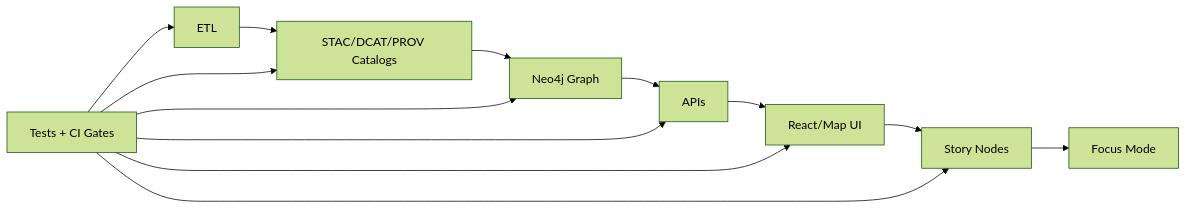
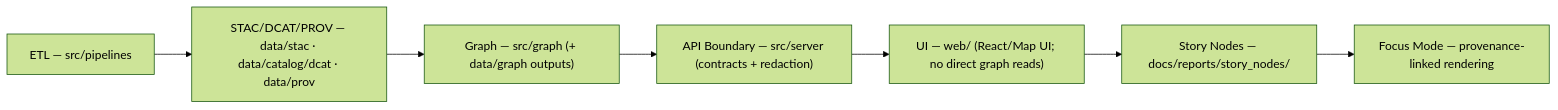
Before and after one commit to bartytime4life/Kansas-Frontier-Matrix: the diagram in tests/README.md, drawn with Mermaid (forest theme). The commit also changed other lines of this file, not shown here.

```diff
--- a/tests/README.md
+++ b/tests/README.md
@@ -157,16 +184,9 @@
 ~~~mermaid
 flowchart LR
-  A[ETL] --> B[STAC/DCAT/PROV Catalogs]
-  B --> C[Neo4j Graph]
-  C --> D[APIs]
-  D --> E[React/Map UI]
-  E --> F[Story Nodes]
-  F --> G[Focus Mode]
-
-  T[Tests + CI Gates] --> A
-  T --> B
-  T --> C
-  T --> D
-  T --> E
-  T --> F
+  A["ETL — src/pipelines"] --> B["STAC/DCAT/PROV — data/stac · data/catalog/dcat · data/prov"]
+  B --> C["Graph — src/graph (+ data/graph outputs)"]
+  C --> D["API Boundary — src/server (contracts + redaction)"]
+  D --> E["UI — web/ (React/Map UI; no direct graph reads)"]
+  E --> F["Story Nodes — docs/reports/story_nodes/"]
+  F --> G["Focus Mode — provenance-linked rendering"]
 ~~~
```
